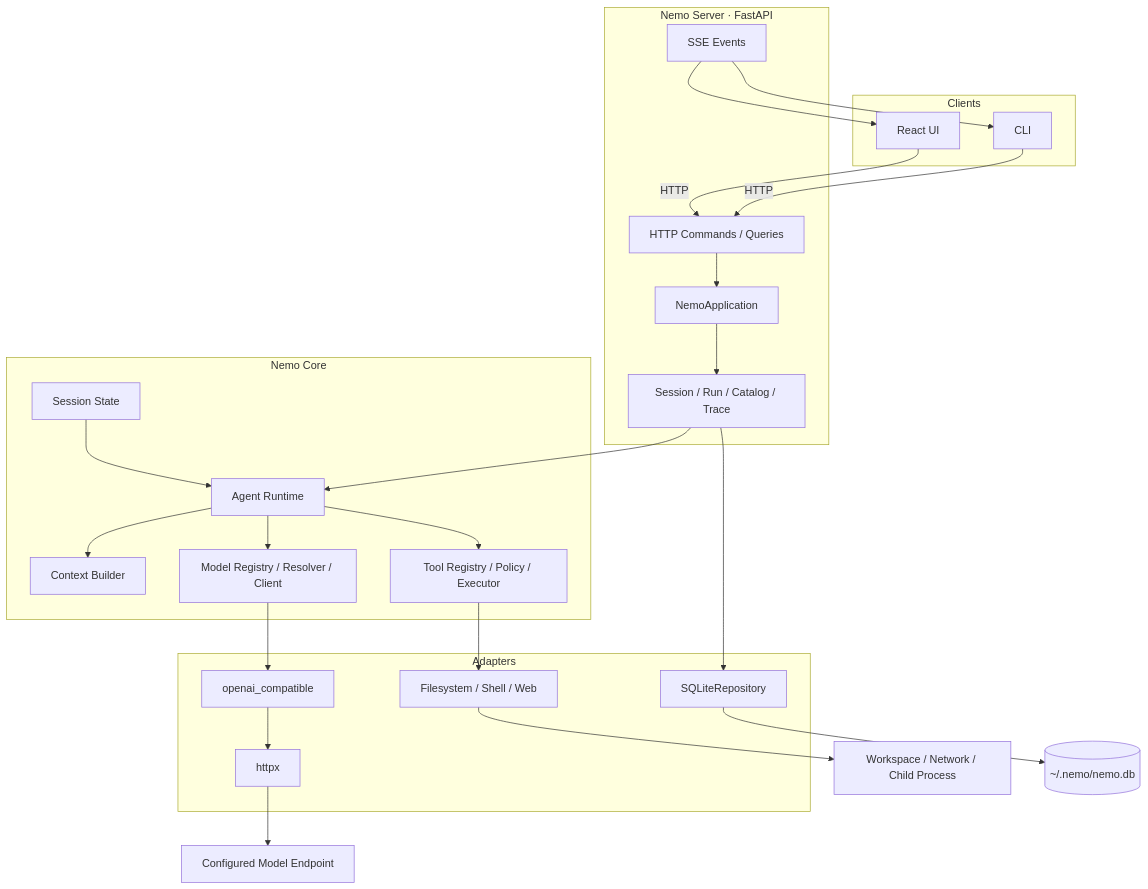
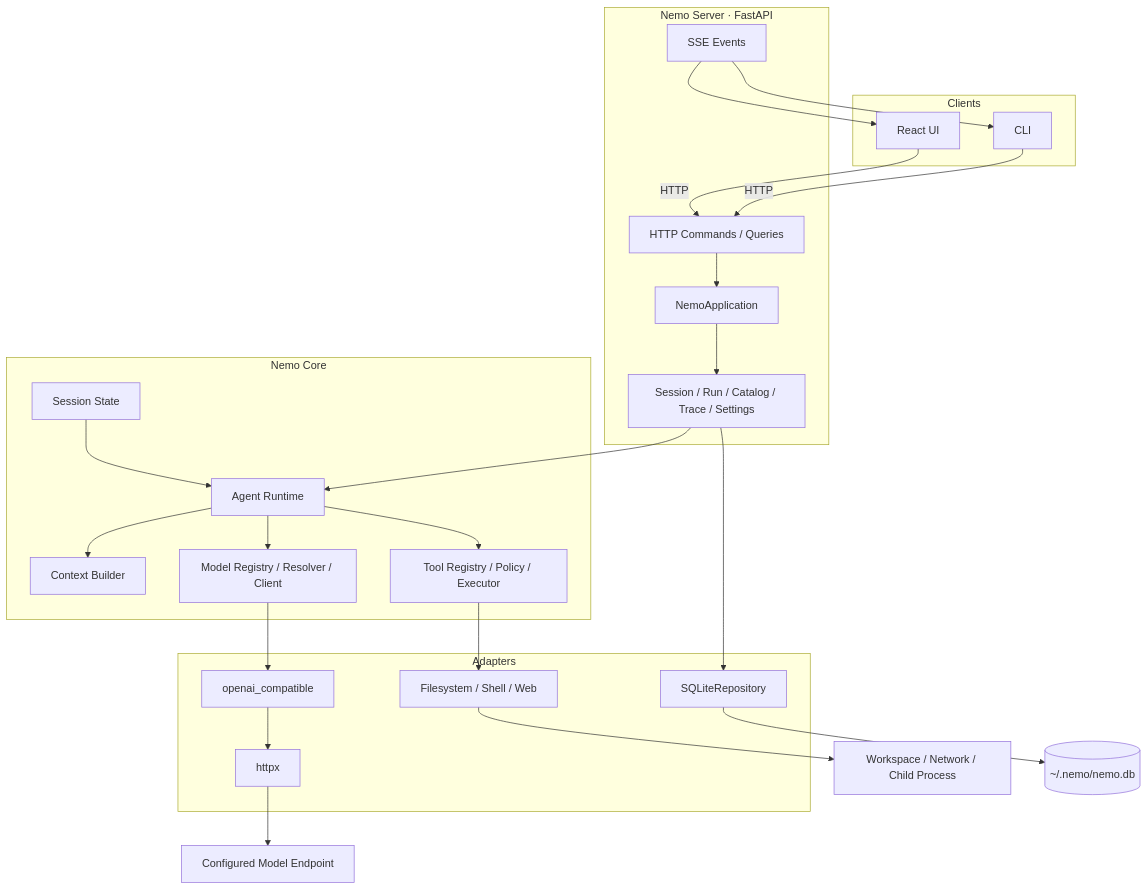
Before and after one commit to jiayu5/Nemo: the first of 3 diagrams in NEMO_ARCHITECTURE.md, drawn with Mermaid. The commit also changed other lines of this file and 39 other files, not shown here.

````diff
--- a/NEMO_ARCHITECTURE.md
+++ b/NEMO_ARCHITECTURE.md
@@ -19,45 +19,45 @@
 ```mermaid
 flowchart TB
     subgraph CLIENTS["Clients"]
         UI["React UI"]
         CLI["CLI"]
     end
 
     subgraph SERVER["Nemo Server · FastAPI"]
         API["HTTP Commands / Queries"]
         SSE["SSE Events"]
         APP["NemoApplication"]
-        USECASES["Session / Run / Catalog / Trace"]
+        USECASES["Session / Run / Catalog / Trace / Settings"]
         API --> APP --> USECASES
     end
 
     subgraph CORE["Nemo Core"]
         SESSION["Session State"]
         RUNTIME["Agent Runtime"]
         CONTEXT["Context Builder"]
         MODEL["Model Registry / Resolver / Client"]
         TOOLS["Tool Registry / Policy / Executor"]
         SESSION --> RUNTIME
         RUNTIME --> CONTEXT
         RUNTIME --> MODEL
         RUNTIME --> TOOLS
     end
 
     subgraph ADAPTERS["Adapters"]
         PROTOCOL["openai_compatible"]
         LOCAL["Filesystem / Shell / Web"]
         HTTP["httpx"]
         REPO["SQLiteRepository"]
     end
 
     UI -->|HTTP| API
     CLI -->|HTTP| API
     SSE --> UI
     SSE --> CLI
     USECASES --> RUNTIME
     USECASES --> REPO
     MODEL --> PROTOCOL --> HTTP --> PROVIDER["Configured Model Endpoint"]
     TOOLS --> LOCAL
     REPO --> DB[("~/.nemo/nemo.db")]
     LOCAL --> WS["Workspace / Network / Child Process"]
 ```
````
